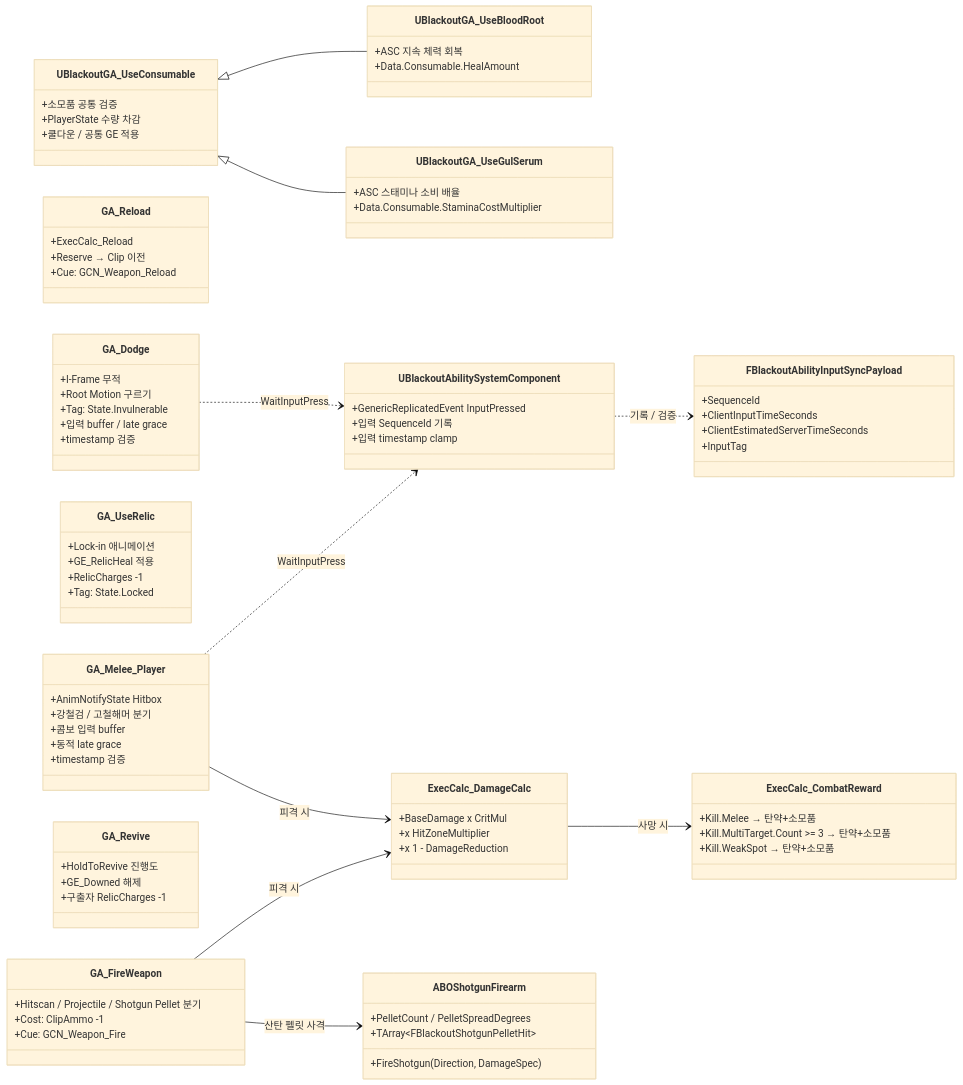
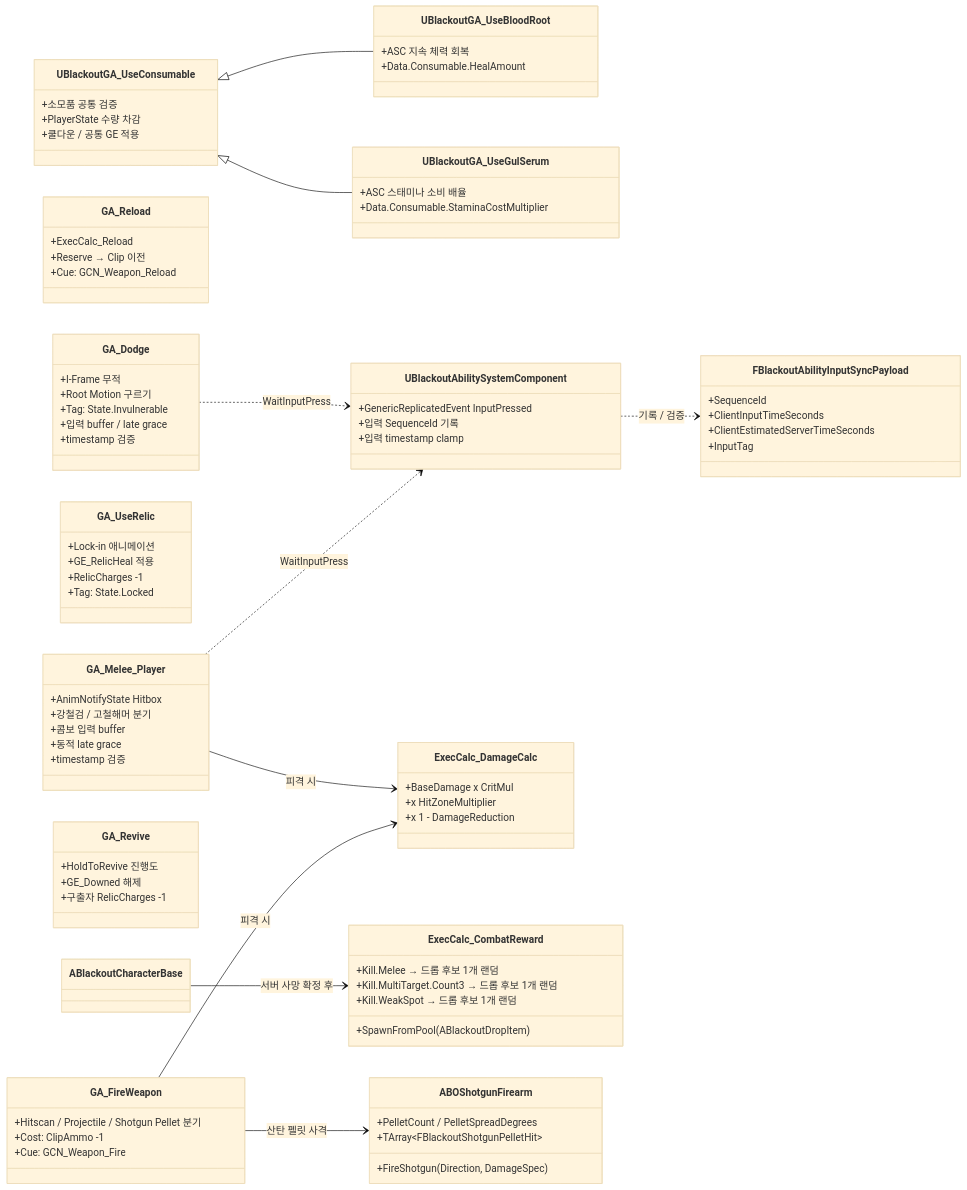
One commit to seongwon1579/ProjectBlackout changed the sixth of 14 diagrams in Docs/Project_Blackout_클래스다이어그램.md. Above: the diagram before and after it, drawn with Mermaid (base theme). The commit also changed other lines of this file and 6 other files, not shown here.

````diff
--- a/Docs/Project_Blackout_클래스다이어그램.md
+++ b/Docs/Project_Blackout_클래스다이어그램.md
@@ -323,9 +323,10 @@
     }
 
     class ExecCalc_CombatReward {
-        +Kill.Melee → 탄약+소모품
-        +Kill.MultiTarget.Count >= 3 → 탄약+소모품
-        +Kill.WeakSpot → 탄약+소모품
+        +Kill.Melee → 드롭 후보 1개 랜덤
+        +Kill.MultiTarget.Count3 → 드롭 후보 1개 랜덤
+        +Kill.WeakSpot → 드롭 후보 1개 랜덤
+        +SpawnFromPool(ABlackoutDropItem)
     }
 
     class ABOShotgunFirearm {
@@ -342,5 +343,5 @@
     UBlackoutAbilitySystemComponent ..> FBlackoutAbilityInputSyncPayload : 기록 / 검증
     UBlackoutGA_UseConsumable <|-- UBlackoutGA_UseBloodRoot
     UBlackoutGA_UseConsumable <|-- UBlackoutGA_UseGulSerum
-    ExecCalc_DamageCalc --> ExecCalc_CombatReward : 사망 시
+    ABlackoutCharacterBase --> ExecCalc_CombatReward : 서버 사망 확정 후
 ```
````
